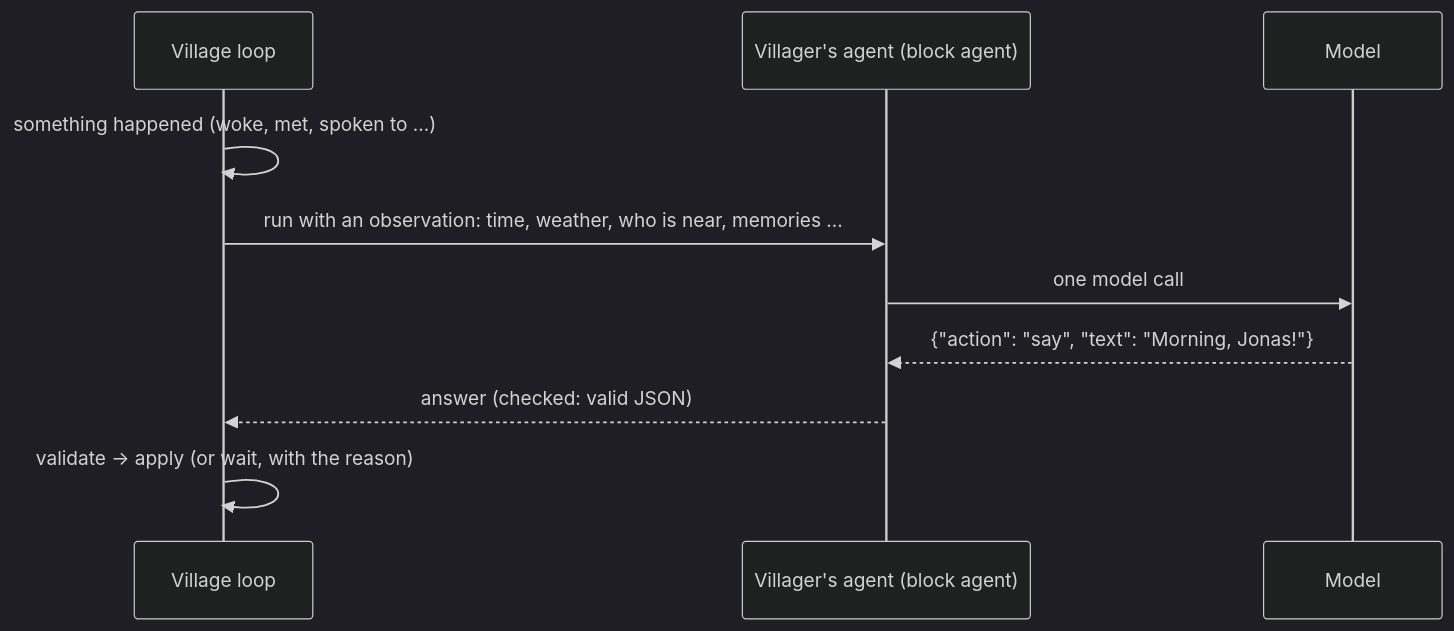
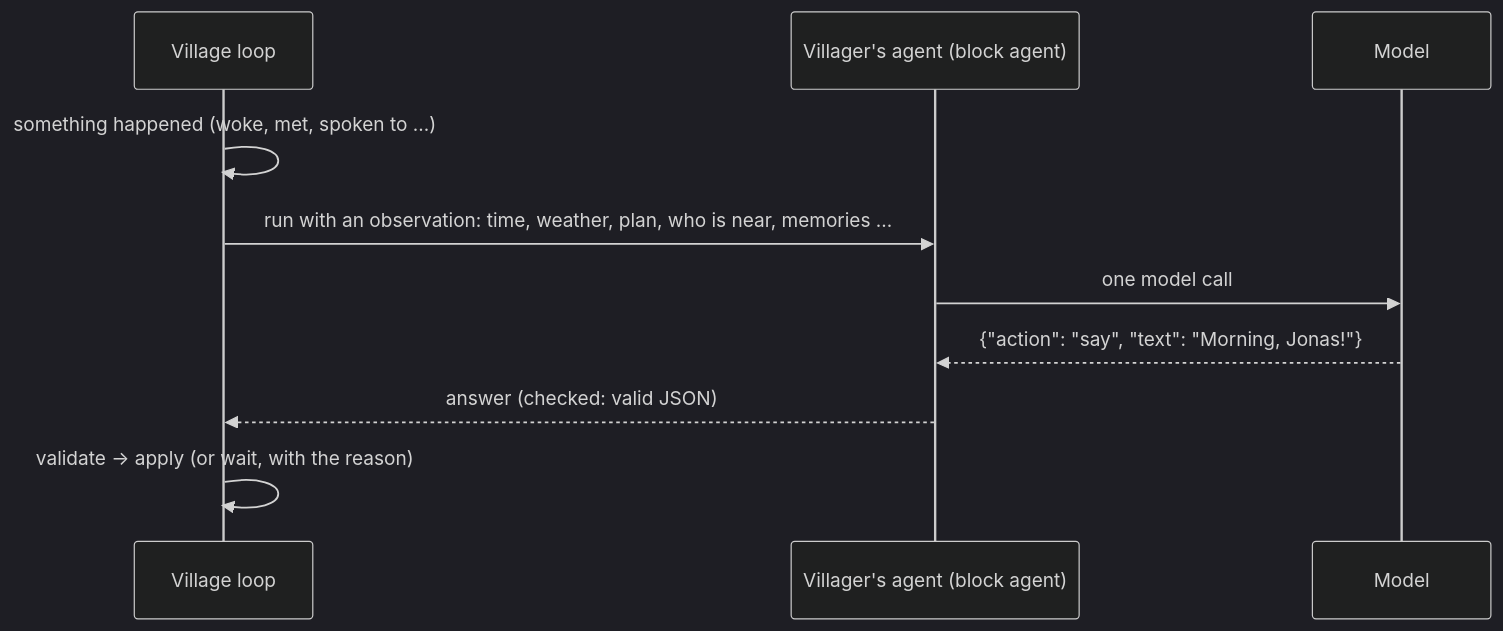
Before and after one commit to chrysogonus/agent-lab: the first of 2 diagrams in docs/village.md, drawn with Mermaid (dark theme). The commit also changed other lines of this file and 6 other files, not shown here.

````diff
--- a/docs/village.md
+++ b/docs/village.md
@@ -24,12 +24,12 @@
 ```mermaid
 sequenceDiagram
     participant W as Village loop
     participant A as Villager's agent (block agent)
     participant M as Model
     W->>W: something happened (woke, met, spoken to …)
-    W->>A: run with an observation: time, weather, who is near, memories …
+    W->>A: run with an observation: time, weather, plan, who is near, memories …
     A->>M: one model call
     M-->>A: {"action": "say", "text": "Morning, Jonas!"}
     A-->>W: answer (checked: valid JSON)
     W->>W: validate → apply (or wait, with the reason)
 ```
````
